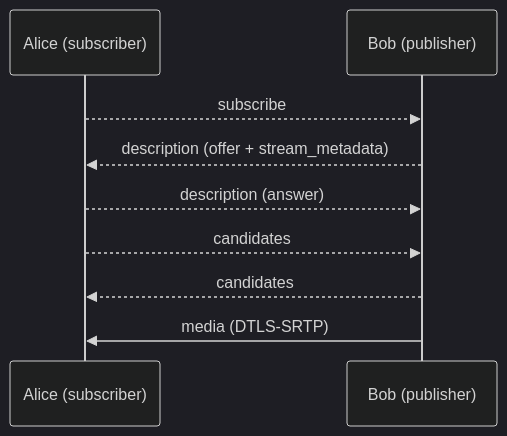
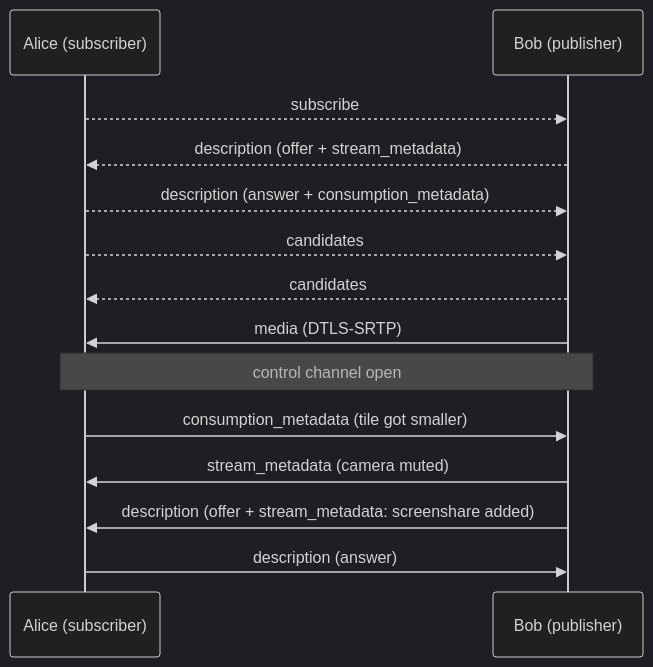
Before and after one commit to matrix-org/matrix-spec-proposals: the diagram in proposals/XXXX-matrix-rtc-full-mesh-transport.md, drawn with Mermaid (dark theme). The commit also changed other lines of this file, not shown here.

Commit message:
Introduce control channel + data over full mesh

````diff
--- a/proposals/XXXX-matrix-rtc-full-mesh-transport.md
+++ b/proposals/XXXX-matrix-rtc-full-mesh-transport.md
@@ -212,11 +370,16 @@
 ```mermaid
 sequenceDiagram
     participant A as Alice (subscriber)
     participant B as Bob (publisher)
     A-->>B: subscribe
     B-->>A: description (offer + stream_metadata)
-    A-->>B: description (answer)
+    A-->>B: description (answer + consumption_metadata)
     A-->>B: candidates
     B-->>A: candidates
     B->>A: media (DTLS-SRTP)
+    Note over A,B: control channel open
+    A->>B: consumption_metadata (tile got smaller)
+    B->>A: stream_metadata (camera muted)
+    B->>A: description (offer + stream_metadata: screenshare added)
+    A->>B: description (answer)
 ```
````
